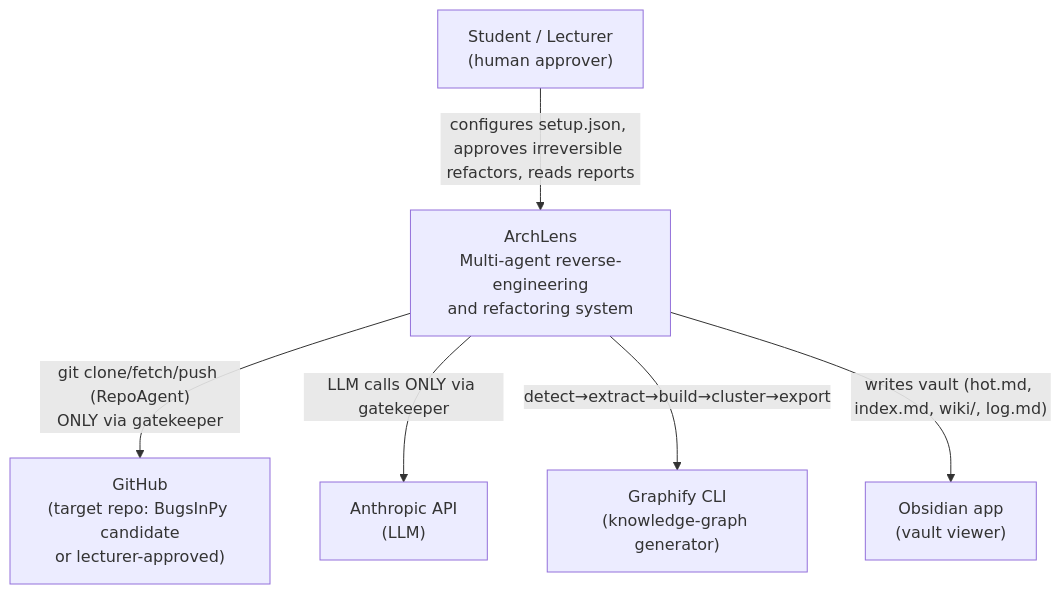
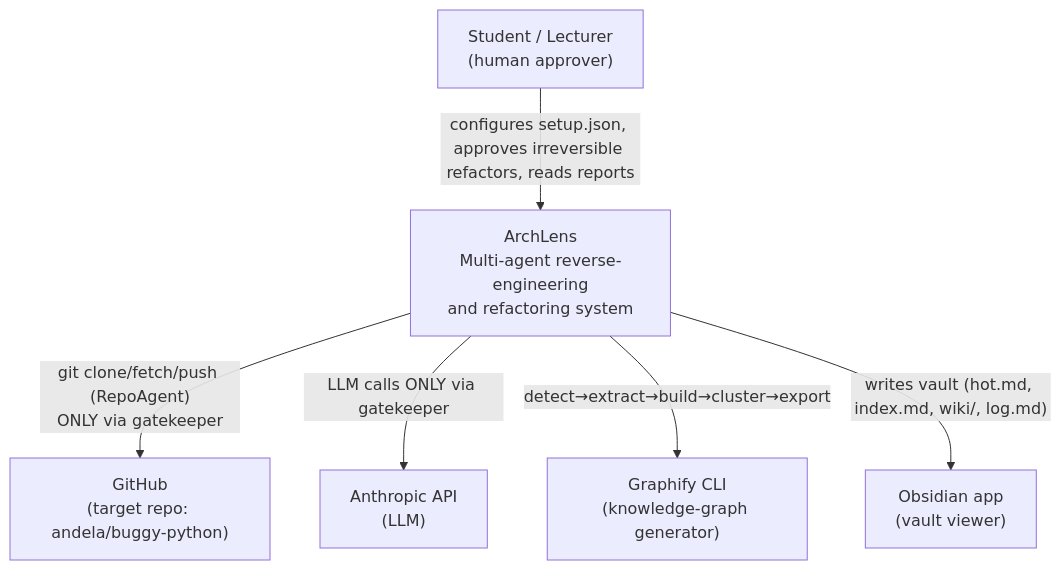
One commit to SharbelMaroun/AI-Agent-Orchestration-HW4 changed the first of 7 diagrams in docs/PLAN.md. Above: the diagram before and after it, drawn with Mermaid. The commit also changed 839 other files, not shown here.

Commit message:
Make buggy-python the single submission target

````diff
--- a/docs/PLAN.md
+++ b/docs/PLAN.md
@@ -44,15 +44,15 @@
 ```mermaid
 flowchart TB
     student["Student / Lecturer<br/>(human approver)"]
     archlens["ArchLens<br/>Multi-agent reverse-engineering<br/>and refactoring system"]
-    github["GitHub<br/>(target repo: BugsInPy candidate<br/>or lecturer-approved)"]
+    github["GitHub<br/>(target repo: andela/buggy-python)"]
     anthropic["Anthropic API<br/>(LLM)"]
     graphify["Graphify CLI<br/>(knowledge-graph generator)"]
     obsidian["Obsidian app<br/>(vault viewer)"]
 
     student -- "configures setup.json, approves irreversible refactors, reads reports" --> archlens
     archlens -- "git clone/fetch/push (RepoAgent)<br/>ONLY via gatekeeper" --> github
     archlens -- "LLM calls ONLY via gatekeeper" --> anthropic
     archlens -- "detect→extract→build→cluster→export" --> graphify
     archlens -- "writes vault (hot.md, index.md, wiki/, log.md)" --> obsidian
 ```
````
